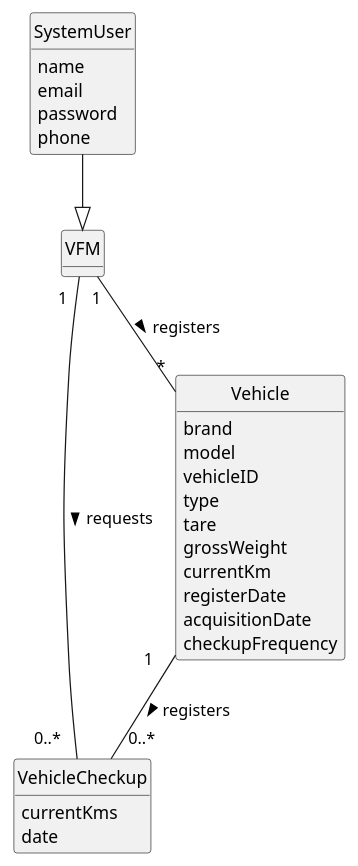
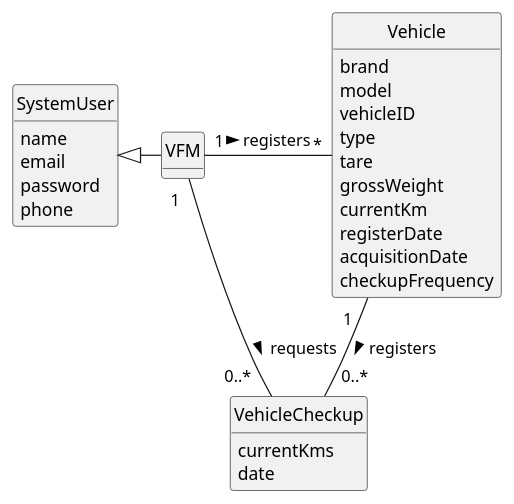
The diagram in docs/sprintA/us007/02.analysis/puml/us007-domain-model.puml (Departamento-de-Engenharia-Informatica/lei-24-s2-1do-g164), drawn with PlantUML before and after one commit. The commit also changed 7 other files, not shown here.

```diff
--- a/docs/sprintA/us007/02.analysis/puml/us007-domain-model.puml
+++ b/docs/sprintA/us007/02.analysis/puml/us007-domain-model.puml
@@ -1,50 +1,50 @@
 @startuml
 skinparam monochrome true
 skinparam packageStyle rectangle
 skinparam shadowing false
 
 
 
 skinparam classAttributeIconSize 0
 
 hide circle
 hide methods
 
 
 class SystemUser {
     name
     email
     password
     phone
 
 }
 class VFM {
 
 }
 
 class VehicleCheckup {
     currentKms
     date
 
 }
 
 class Vehicle {
 
         brand
         model
         vehicleID
         type
         tare
         grossWeight
         currentKm
         registerDate
         acquisitionDate
         checkupFrequency
 }
 
 
-VFM "1" -- "*" Vehicle : registers >
+VFM "1" - "*" Vehicle : registers >
 Vehicle "1   " -- "0..*                        " VehicleCheckup : registers >
-VFM "           1 " -- "0..*   " VehicleCheckup : requests >
-SystemUser --|> VFM
+VFM "           1 " - "0..*   " VehicleCheckup : requests >
+SystemUser <|- VFM
 @enduml
```
